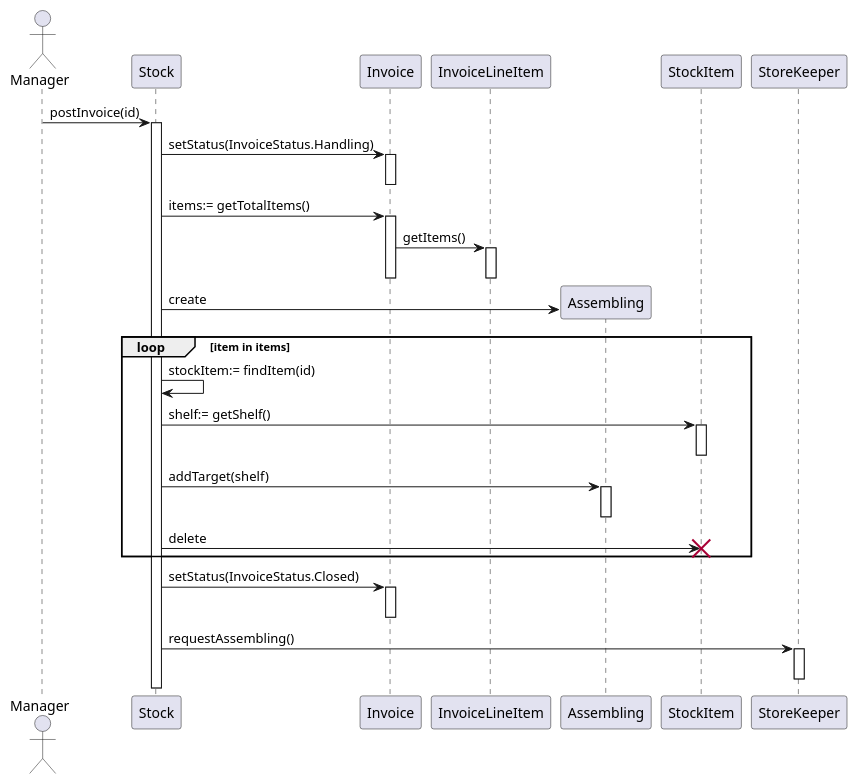
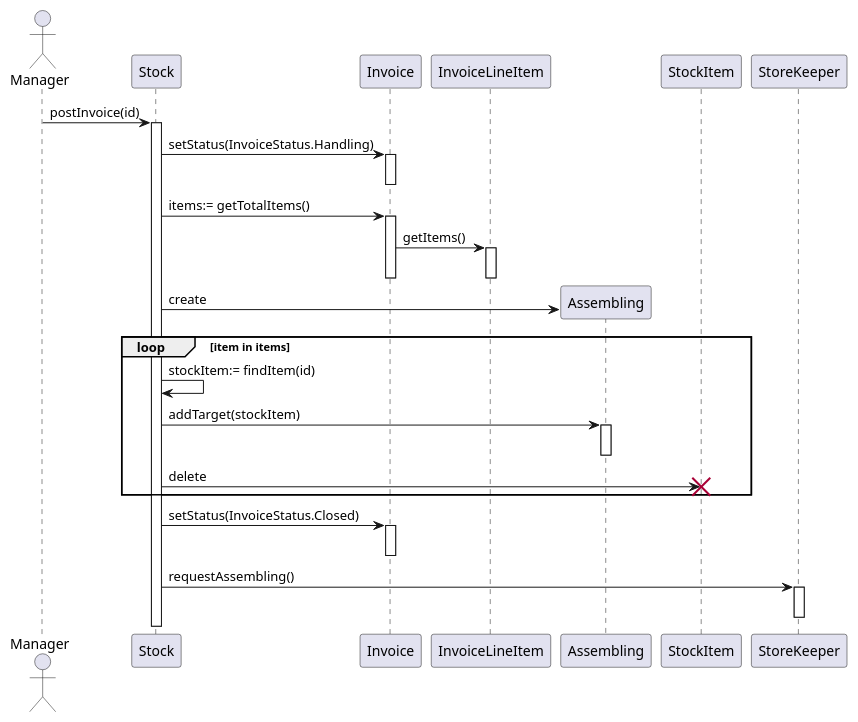
The diagram in warehouse/Прецеденты/Списание товара/диаграмма_последовательности_списание_товара.md (penamarth/bsbo-02-21_team5_var6_sklad), drawn with PlantUML before and after one commit.

Commit message:
Изменена диаграмма последовательности для списания товара.

````diff
--- a/warehouse/Прецеденты/Списание товара/диаграмма_последовательности_списание_товара.md
+++ b/warehouse/Прецеденты/Списание товара/диаграмма_последовательности_списание_товара.md
@@ -1,43 +1,40 @@
 ```plantuml
 
 @startuml
 
 actor Manager
 participant Stock
 participant Invoice
 participant InvoiceLineItem
 participant Assembling
 participant StockItem
 participant StoreKeeper
 
 Manager -> Stock ++ : postInvoice(id)
 Stock -> Invoice : setStatus(InvoiceStatus.Handling)
 activate Invoice
 deactivate Invoice
 Stock -> Invoice : items:= getTotalItems()
 activate Invoice
 Invoice -> InvoiceLineItem : getItems()
 activate InvoiceLineItem
 deactivate InvoiceLineItem
 deactivate Invoice
 Stock -> Assembling ** : create
 loop item in items
   Stock -> Stock : stockItem:= findItem(id)
-  Stock -> StockItem : shelf:= getShelf()
-  activate StockItem
-  deactivate StockItem
-  Stock -> Assembling : addTarget(shelf)
+  Stock -> Assembling : addTarget(stockItem)
   activate Assembling
   deactivate Assembling
   Stock -> StockItem !! : delete
 end
 Stock -> Invoice : setStatus(InvoiceStatus.Closed) 
 activate Invoice
 deactivate Invoice
 Stock -> StoreKeeper : requestAssembling()
 activate StoreKeeper
 deactivate StoreKeeper
 
 @enduml
 
 ```
````
